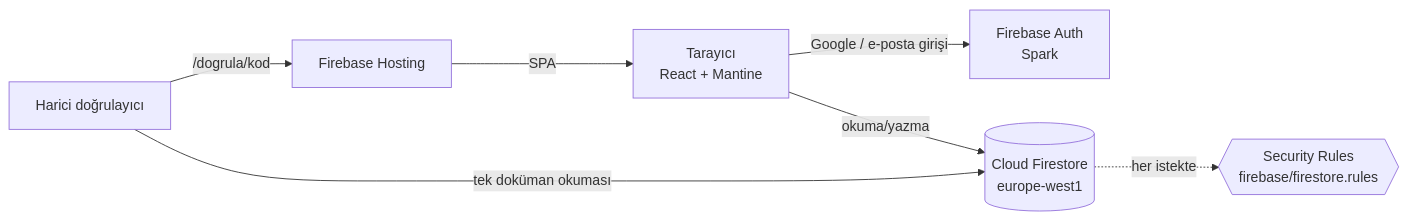
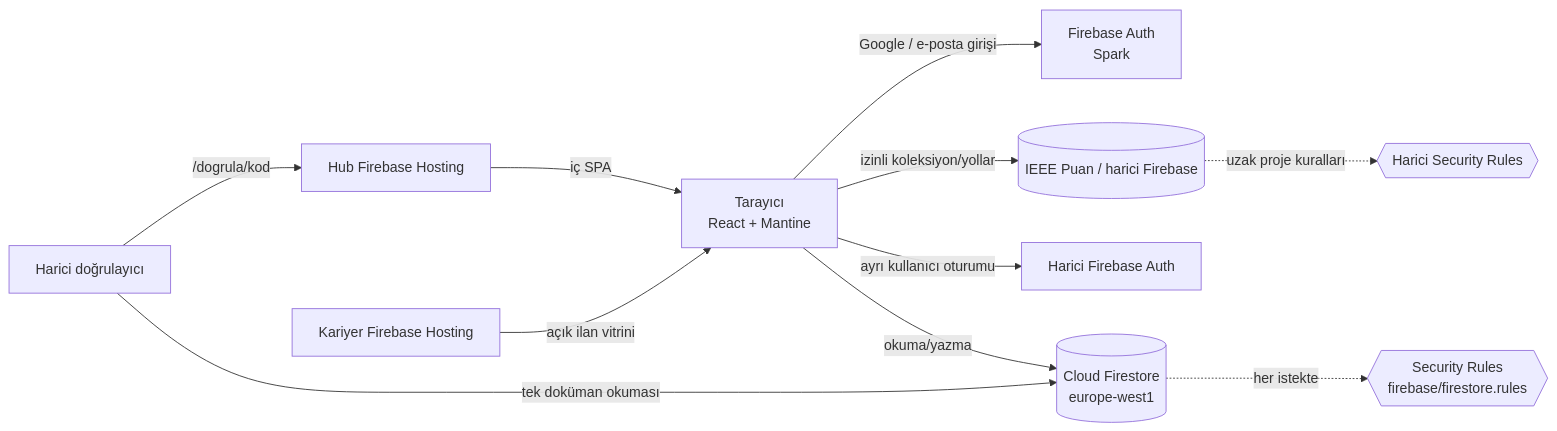
Before and after one commit to goktug01-dev/ieee-hub: the first of 3 diagrams in docs/mimari/uygulanan-mimari.md, drawn with Mermaid. The commit also changed other lines of this file and 37 other files, not shown here.

````diff
--- a/docs/mimari/uygulanan-mimari.md
+++ b/docs/mimari/uygulanan-mimari.md
@@ -9,9 +9,13 @@
 ```mermaid
 flowchart LR
     U[Tarayıcı<br/>React + Mantine] -->|Google / e-posta girişi| A[Firebase Auth<br/>Spark]
     U -->|okuma/yazma| F[(Cloud Firestore<br/>europe-west1)]
     F -. her istekte .-> R{{Security Rules<br/>firebase/firestore.rules}}
-    H[Firebase Hosting] -->|SPA| U
+    H[Hub Firebase Hosting] -->|iç SPA| U
+    K[Kariyer Firebase Hosting] -->|açık ilan vitrini| U
     V[Harici doğrulayıcı] -->|/dogrula/kod| H
     V -->|tek doküman okuması| F
+    U -->|ayrı kullanıcı oturumu| EA[Harici Firebase Auth]
+    U -->|izinli koleksiyon/yollar| EF[(IEEE Puan / harici Firebase)]
+    EF -. uzak proje kuralları .-> ER{{Harici Security Rules}}
 ```
````
